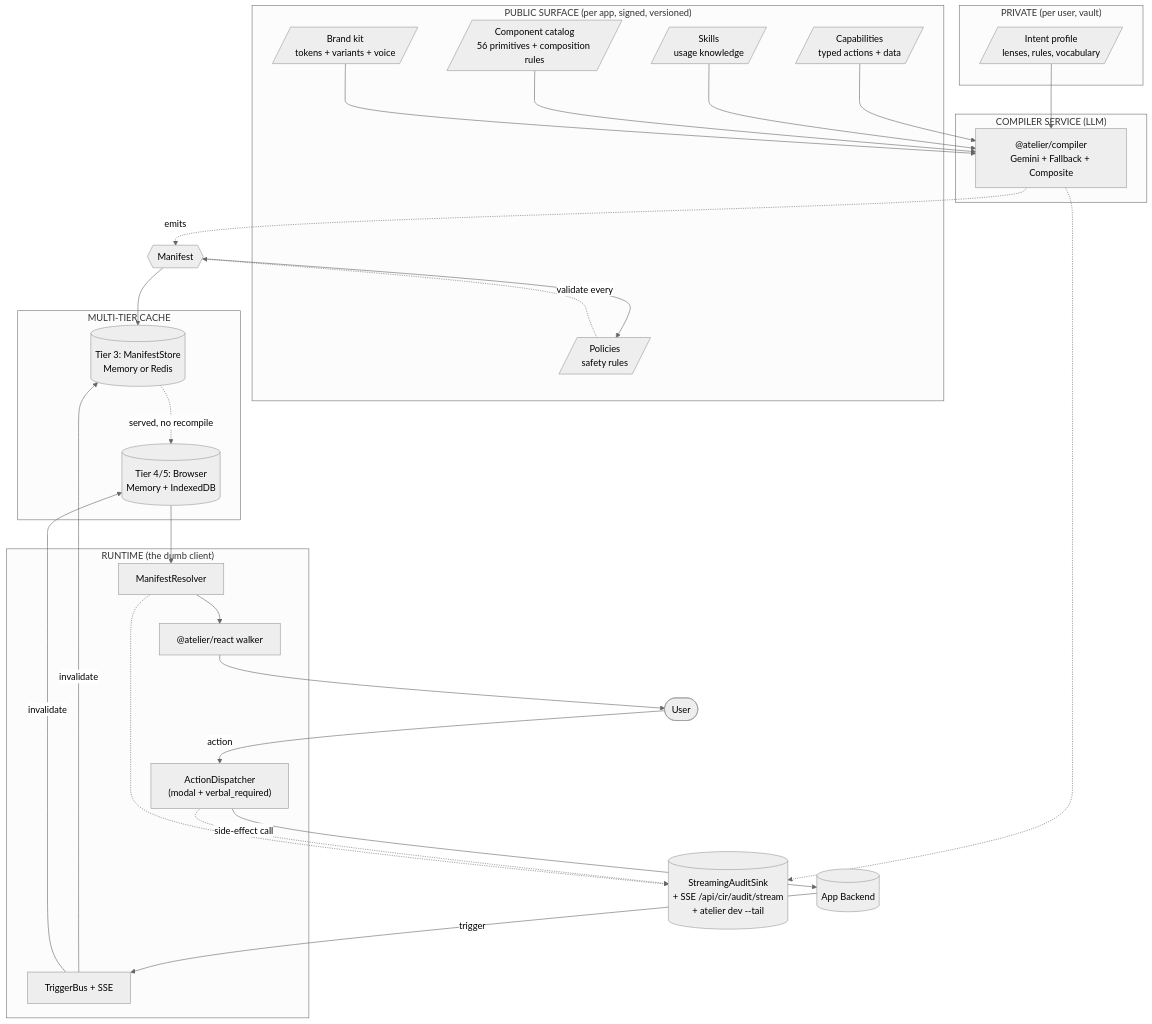
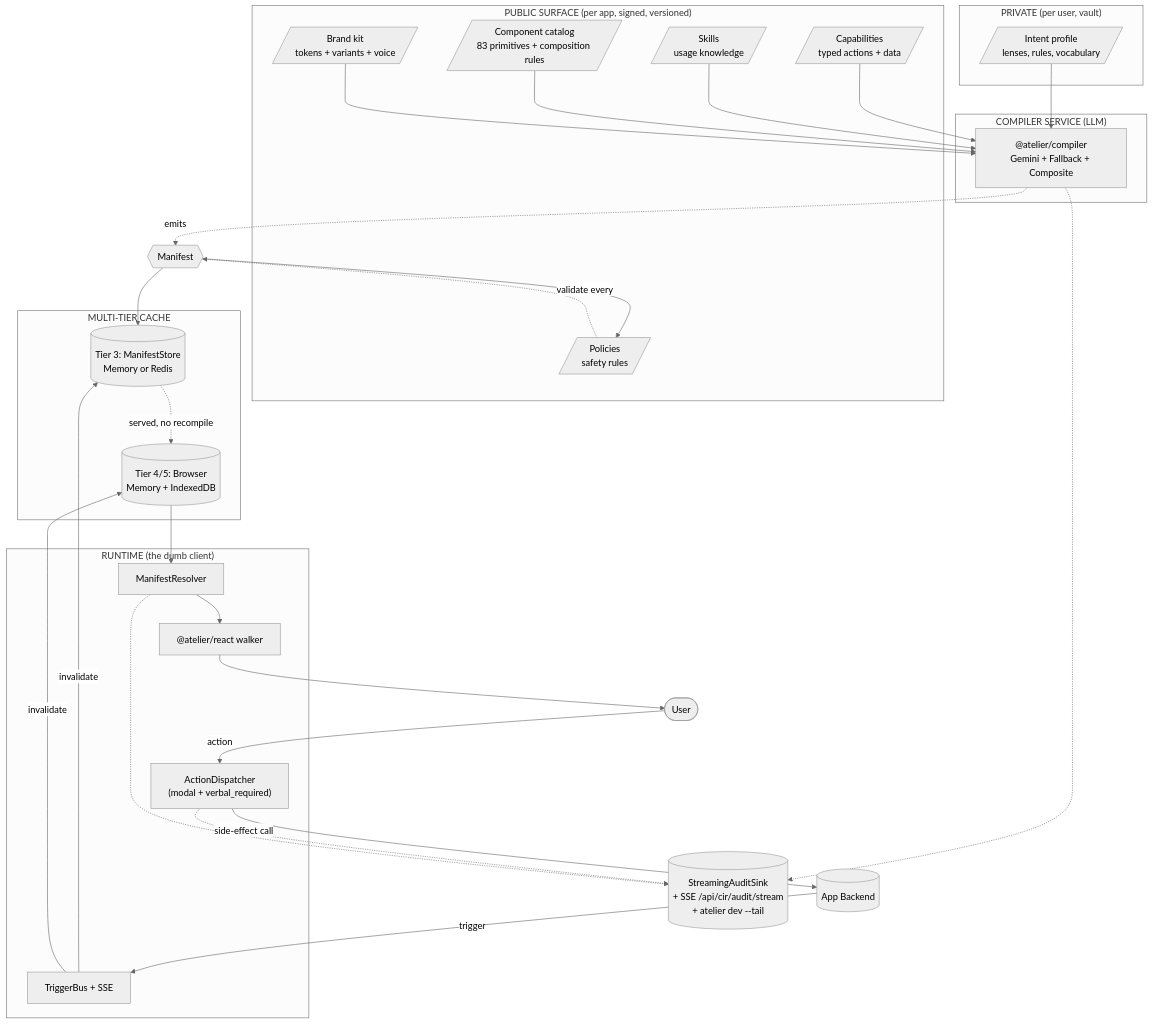
One commit to fragmatic-io/atelier changed the first of 3 diagrams in README.md. Above: the diagram before and after it, drawn with Mermaid (neutral theme). The commit also changed other lines of this file and 47 other files, not shown here.

````diff
--- a/README.md
+++ b/README.md
@@ -74,55 +89,55 @@
 ```mermaid
 graph TB
   subgraph Public["PUBLIC SURFACE (per app, signed, versioned)"]
     Caps[/"Capabilities<br/>typed actions + data"/]
     Skills[/"Skills<br/>usage knowledge"/]
-    Components[/"Component catalog<br/>56 primitives + composition rules"/]
+    Components[/"Component catalog<br/>83 primitives + composition rules"/]
     Policies[/"Policies<br/>safety rules"/]
     Brand[/"Brand kit<br/>tokens + variants + voice"/]
   end
 
   subgraph Private["PRIVATE (per user, vault)"]
     Intent[/"Intent profile<br/>lenses, rules, vocabulary"/]
   end
 
   subgraph Compile["COMPILER SERVICE (LLM)"]
     Compiler["@atelier/compiler<br/>Gemini + Fallback + Composite"]
   end
 
   subgraph Cache["MULTI-TIER CACHE"]
     T3[("Tier 3: ManifestStore<br/>Memory or Redis")]
     T4[("Tier 4/5: Browser<br/>Memory + IndexedDB")]
   end
 
   subgraph Runtime["RUNTIME (the dumb client)"]
     Resolver["ManifestResolver"]
     Dispatcher["ActionDispatcher<br/>(modal + verbal_required)"]
     Bus["TriggerBus + SSE"]
     Renderer["@atelier/react walker"]
   end
 
   Caps --> Compiler
   Skills --> Compiler
   Components --> Compiler
   Brand --> Compiler
   Intent --> Compiler
 
   Compiler -.->|emits| Manifest{{Manifest}}
   Manifest --> Policies
   Policies -.->|validate every| Manifest
   Manifest --> T3
   T3 -.->|served, no recompile| T4
   T4 --> Resolver
   Resolver --> Renderer
   Renderer --> User([User])
   User -->|action| Dispatcher
   Dispatcher -->|side-effect call| Backend[(App Backend)]
   Backend -->|trigger| Bus
   Bus -->|invalidate| T3
   Bus -->|invalidate| T4
 
   Audit[("StreamingAuditSink<br/>+ SSE /api/cir/audit/stream<br/>+ atelier dev --tail")]
   Compiler -.-> Audit
   Dispatcher -.-> Audit
   Resolver -.-> Audit
 ```
````
